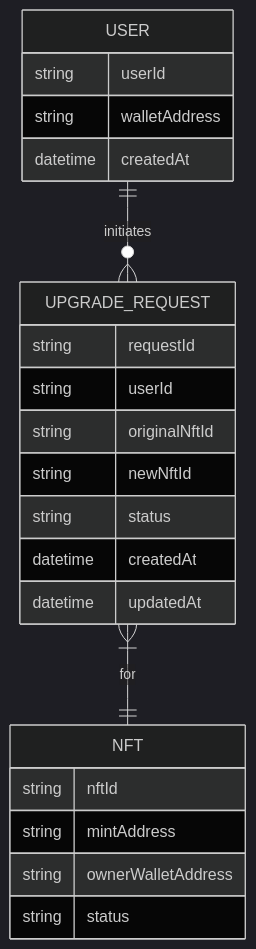
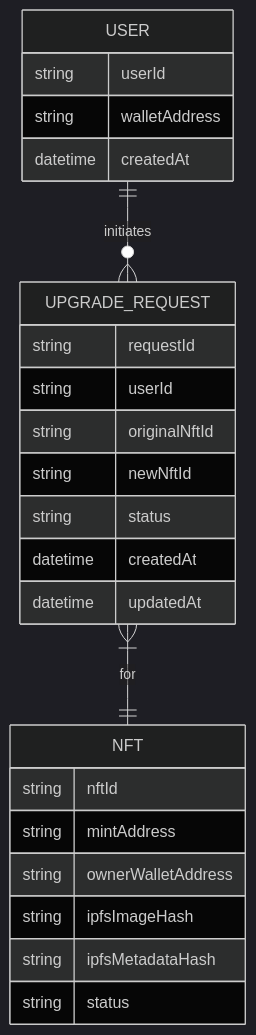
The fifth of 5 diagrams in docs/AIW3-NFT-System-Design.md (ljg-cqu/aiw3-nft-solana), drawn with Mermaid (dark theme) before and after one commit. The commit also changed other lines of this file and 1 other file, not shown here.

Commit message:
docs: update NFT system to clarify image source-to-IPFS distribution flow

````diff
--- a/docs/AIW3-NFT-System-Design.md
+++ b/docs/AIW3-NFT-System-Design.md
@@ -250,28 +319,30 @@
 ```mermaid
 erDiagram
     USER {
         string userId
         string walletAddress
         datetime createdAt
     }
 
     NFT {
         string nftId
         string mintAddress
         string ownerWalletAddress
+        string ipfsImageHash
+        string ipfsMetadataHash
         string status
     }
 
     UPGRADE_REQUEST {
         string requestId
         string userId
         string originalNftId
         string newNftId
         string status
         datetime createdAt
         datetime updatedAt
     }
 
     USER ||--o{ UPGRADE_REQUEST : initiates
     UPGRADE_REQUEST }|--|| NFT : for
 ```
````
